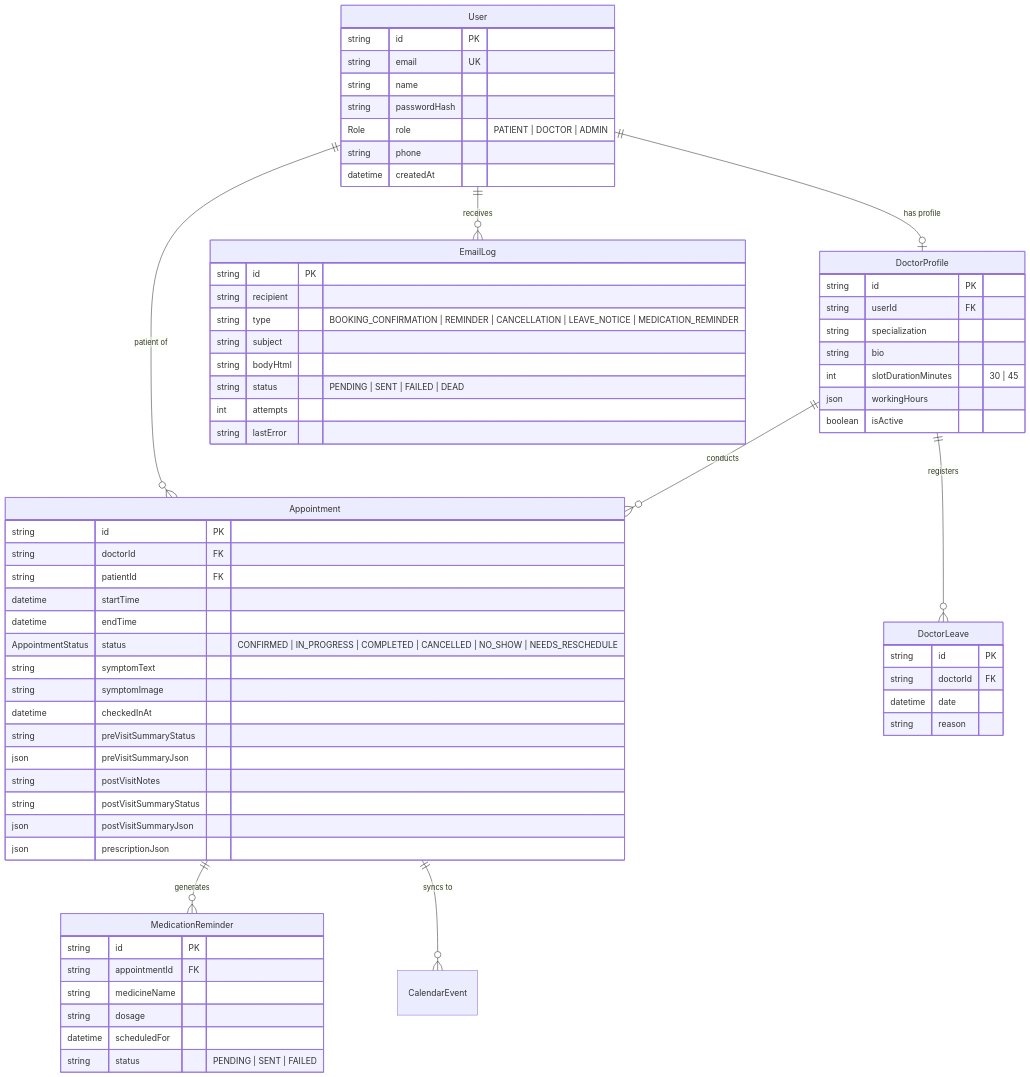
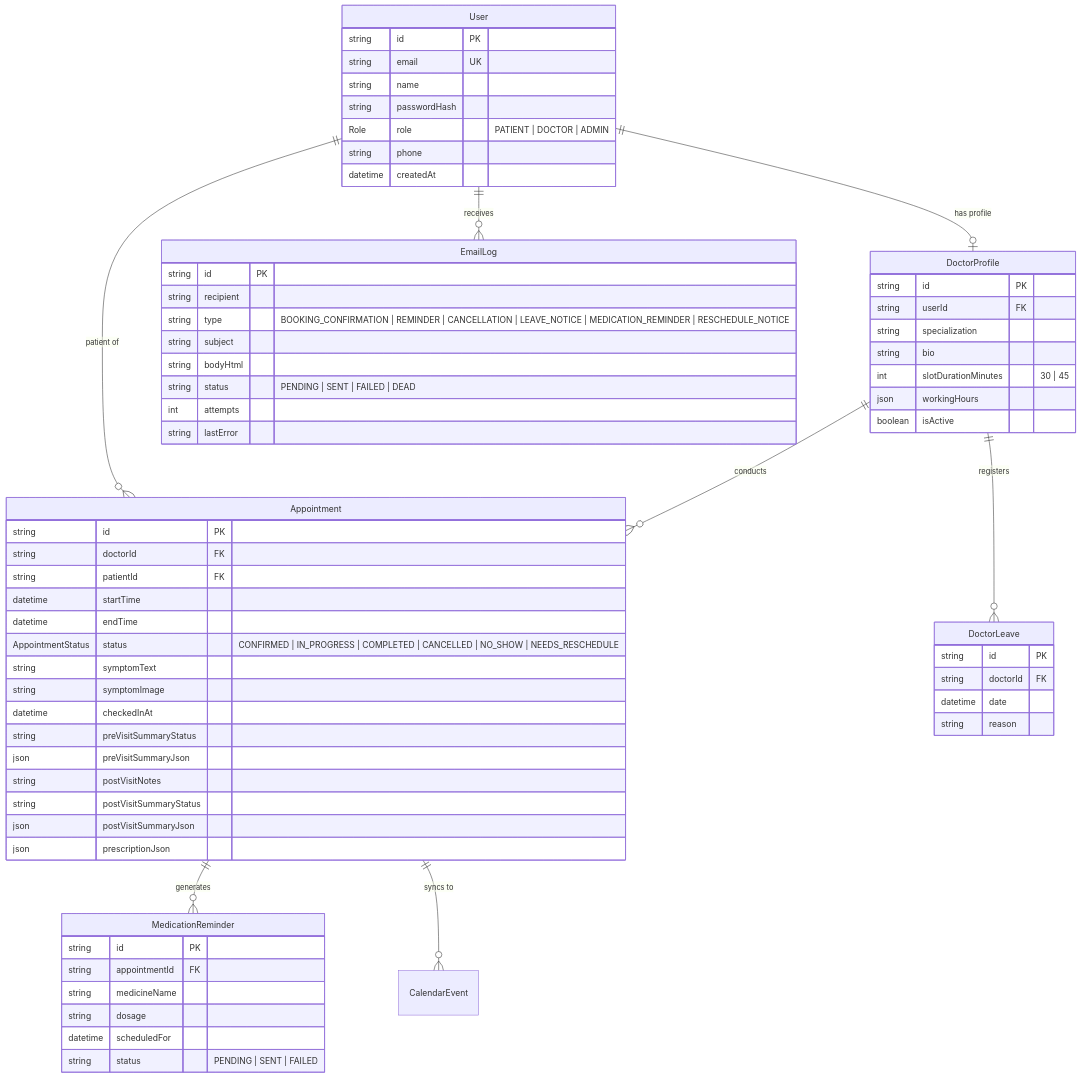
Before and after one commit to aryaman0406/MedPro: the diagram in README.md, drawn with Mermaid. The commit also changed other lines of this file, not shown here.

Commit message:
docs: update README with doctor leave management, patient reassignment workflow, and reschedule email features

````diff
--- a/README.md
+++ b/README.md
@@ -76,75 +85,75 @@
 ```mermaid
 erDiagram
     User ||--o| DoctorProfile : "has profile"
     User ||--o{ Appointment : "patient of"
     User ||--o{ EmailLog : "receives"
     DoctorProfile ||--o{ DoctorLeave : "registers"
     DoctorProfile ||--o{ Appointment : "conducts"
     Appointment ||--o{ MedicationReminder : "generates"
     Appointment ||--o{ CalendarEvent : "syncs to"
 
     User {
         string id PK
         string email UK
         string name
         string passwordHash
         Role role "PATIENT | DOCTOR | ADMIN"
         string phone
         datetime createdAt
     }
 
     DoctorProfile {
         string id PK
         string userId FK
         string specialization
         string bio
         int slotDurationMinutes "30 | 45"
         json workingHours
         boolean isActive
     }
 
     DoctorLeave {
         string id PK
         string doctorId FK
         datetime date
         string reason
     }
 
     Appointment {
         string id PK
         string doctorId FK
         string patientId FK
         datetime startTime
         datetime endTime
         AppointmentStatus status "CONFIRMED | IN_PROGRESS | COMPLETED | CANCELLED | NO_SHOW | NEEDS_RESCHEDULE"
         string symptomText
         string symptomImage
         datetime checkedInAt
         string preVisitSummaryStatus
         json preVisitSummaryJson
         string postVisitNotes
         string postVisitSummaryStatus
         json postVisitSummaryJson
         json prescriptionJson
     }
 
     MedicationReminder {
         string id PK
         string appointmentId FK
         string medicineName
         string dosage
         datetime scheduledFor
         string status "PENDING | SENT | FAILED"
     }
 
     EmailLog {
         string id PK
         string recipient
-        string type "BOOKING_CONFIRMATION | REMINDER | CANCELLATION | LEAVE_NOTICE | MEDICATION_REMINDER"
+        string type "BOOKING_CONFIRMATION | REMINDER | CANCELLATION | LEAVE_NOTICE | MEDICATION_REMINDER | RESCHEDULE_NOTICE"
         string subject
         string bodyHtml
         string status "PENDING | SENT | FAILED | DEAD"
         int attempts
         string lastError
     }
 ```
````
